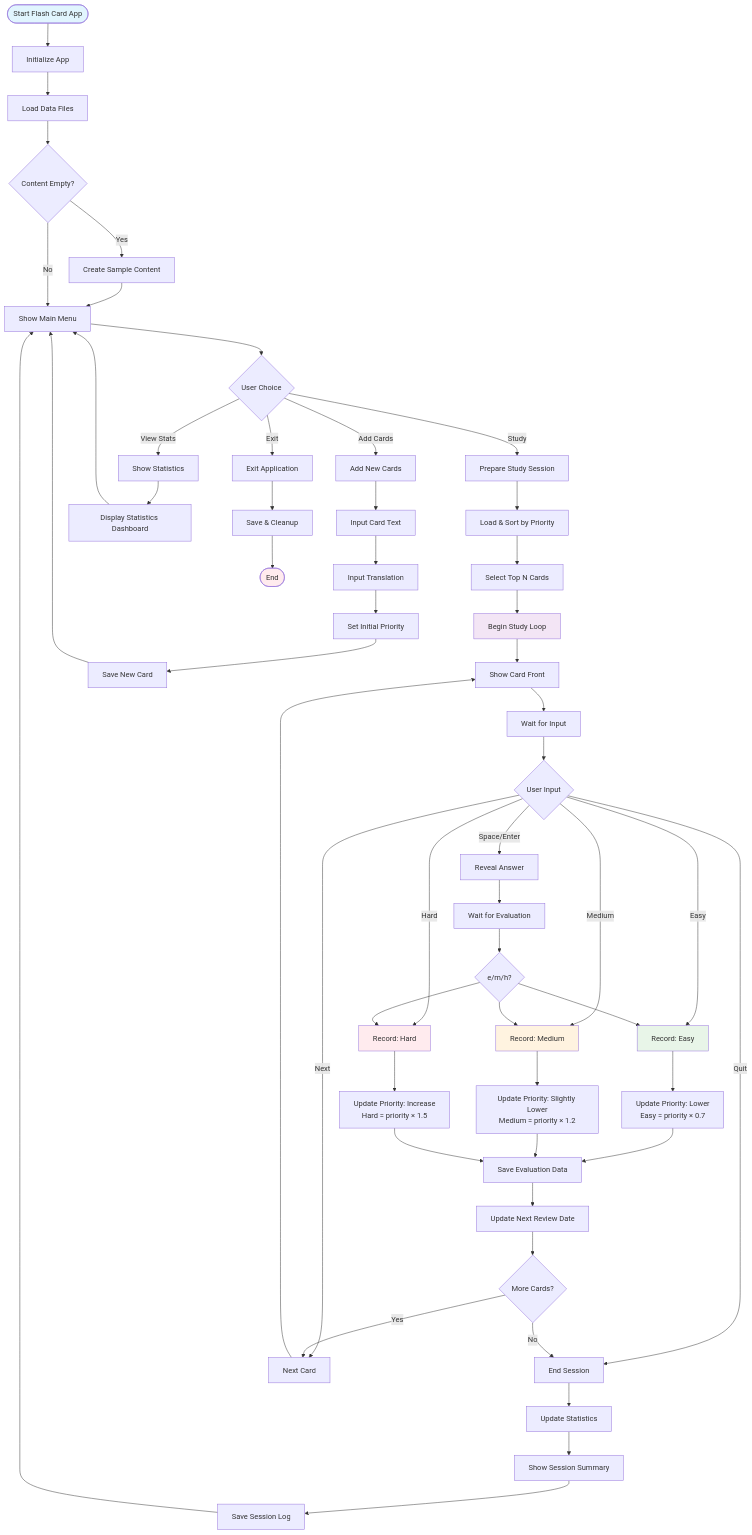
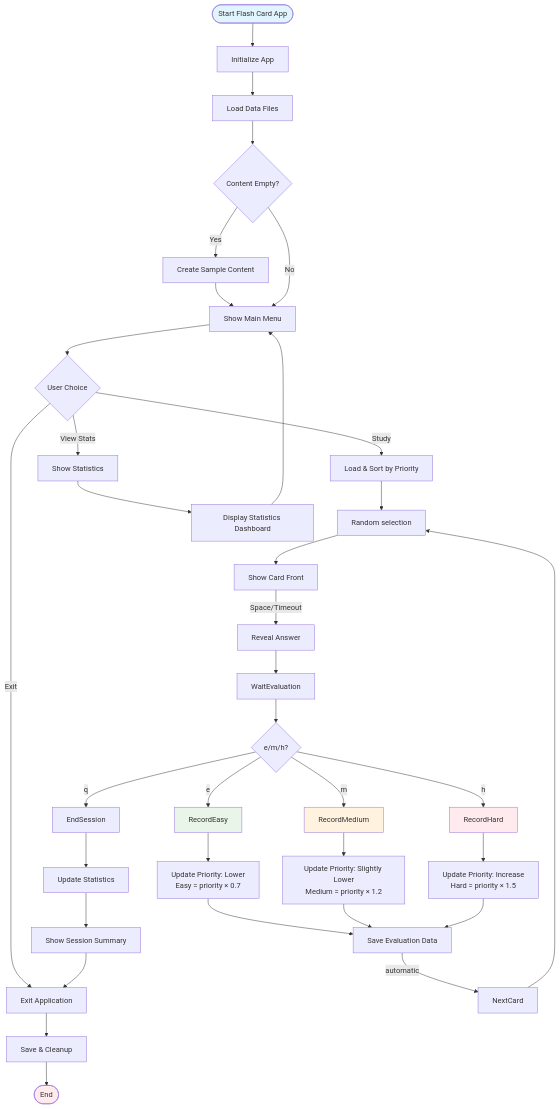
One commit to tomato-tom/flash-card changed the second of 3 diagrams in docs/flash_card.md. Above: the diagram before and after it, drawn with Mermaid. The commit also changed other lines of this file and 1 other file, not shown here.

Commit message:
modified: docs/flash_card.md

````diff
--- a/docs/flash_card.md
+++ b/docs/flash_card.md
@@ -17,82 +63,55 @@
 ```mermaid
 flowchart TD
     Start([Start Flash Card App]) --> Initialize[Initialize App]
     
     Initialize --> LoadData[Load Data Files]
     LoadData --> CheckEmpty{Content Empty?}
     
     CheckEmpty -->|Yes| CreateSample[Create Sample Content]
     CreateSample --> ShowMenu
-    
     CheckEmpty -->|No| ShowMenu[Show Main Menu]
     
     ShowMenu --> MenuChoice{User Choice}
-    
-    MenuChoice -->|Study| PrepareSession[Prepare Study Session]
-    MenuChoice -->|Add Cards| AddCards[Add New Cards]
+    MenuChoice -->|Study| LoadPriority[Load & Sort by Priority]
     MenuChoice -->|View Stats| ShowStats[Show Statistics]
     MenuChoice -->|Exit| ExitApp[Exit Application]
     
-    PrepareSession --> LoadPriority[Load & Sort by Priority]
-    LoadPriority --> SelectCards[Select Top N Cards]
-    SelectCards --> StudyLoop[Begin Study Loop]
-    
-    StudyLoop --> ShowCard[Show Card Front]
-    ShowCard --> WaitInput[Wait for Input]
-    
-    WaitInput --> InputChoice{User Input}
-    
-    InputChoice -->|Space/Enter| RevealAnswer[Reveal Answer]
-    InputChoice -->|Easy| RecordEasy[Record: Easy]
-    InputChoice -->|Medium| RecordMedium[Record: Medium]
-    InputChoice -->|Hard| RecordHard[Record: Hard]
-    InputChoice -->|Quit| EndSession[End Session]
-    InputChoice -->|Next| NextCard[Next Card]
-    
-    RevealAnswer --> WaitEvaluation[Wait for Evaluation]
+    %% Random selection weighted according to priority
+    LoadPriority --> SelectCard[Random selection]
+    SelectCard --> ShowCard[Show Card Front]
+    ShowCard --> |Space/Timeout| RevealAnswer[Reveal Answer]
+
+    RevealAnswer --> WaitEvaluation
     WaitEvaluation --> EvalChoice{e/m/h?}
     
-    EvalChoice --> RecordEasy
-    EvalChoice --> RecordMedium
-    EvalChoice --> RecordHard
+    EvalChoice --> |e| RecordEasy
+    EvalChoice --> |m| RecordMedium
+    EvalChoice --> |h| RecordHard
+    EvalChoice --> |q| EndSession
     
     RecordEasy --> UpdatePriorityEasy[Update Priority: Lower<br>Easy = priority × 0.7]
     RecordMedium --> UpdatePriorityMedium[Update Priority: Slightly Lower<br>Medium = priority × 1.2]
     RecordHard --> UpdatePriorityHard[Update Priority: Increase<br>Hard = priority × 1.5]
     
     UpdatePriorityEasy --> SaveEvaluation[Save Evaluation Data]
     UpdatePriorityMedium --> SaveEvaluation
     UpdatePriorityHard --> SaveEvaluation
     
-    SaveEvaluation --> UpdateNextReview[Update Next Review Date]
-    UpdateNextReview --> MoreCards{More Cards?}
-    
-    MoreCards -->|Yes| NextCard
-    NextCard --> ShowCard
-    
-    MoreCards -->|No| EndSession
-    
+    SaveEvaluation --> |automatic| NextCard
+    NextCard --> SelectCard
+
     EndSession --> UpdateStats[Update Statistics]
     UpdateStats --> ShowSummary[Show Session Summary]
-    ShowSummary --> SaveSession[Save Session Log]
-    SaveSession --> ShowMenu
-    
-    AddCards --> InputText[Input Card Text]
-    InputText --> InputTranslation[Input Translation]
-    InputTranslation --> SetInitialPriority[Set Initial Priority]
-    SetInitialPriority --> SaveCard[Save New Card]
-    SaveCard --> ShowMenu
+    ShowSummary --> ExitApp
+    ExitApp --> Cleanup[Save & Cleanup]
+    Cleanup --> End([End])
     
     ShowStats --> DisplayStats[Display Statistics Dashboard]
     DisplayStats --> ShowMenu
     
-    ExitApp --> Cleanup[Save & Cleanup]
-    Cleanup --> End([End])
-    
     style Start fill:#e1f5fe
     style End fill:#ffebee
-    style StudyLoop fill:#f3e5f5
     style RecordEasy fill:#e8f5e8
     style RecordMedium fill:#fff3e0
     style RecordHard fill:#ffebee
 ```
````
